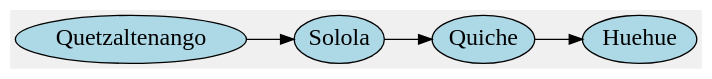
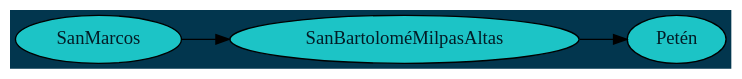
One commit to Gerardo-Mantanico/TravelMap_GT changed the diagram in target/classes/img/ubicacionActual.dot. Above: the diagram before and after it, drawn with Graphviz. The commit also changed 83 other files, not shown here.

```diff
--- a/target/classes/img/ubicacionActual.dot
+++ b/target/classes/img/ubicacionActual.dot
@@ -1,6 +1,6 @@
 digraph G {
 rankdir=LR;
-bgcolor="#f0f0f0";  
- node [margin=0 fontcolor=black fontsize=18 width=0.5 shape=oval style=filled fillcolor=lightblue] 
-Quetzaltenango -> Solola -> Quiche -> Huehue;
+bgcolor="#02364E";  
+  node [shape = oval color=black style=filled fillcolor="#1CC4C6" fontcolor="#031C26"] 
+SanMarcos -> SanBartoloméMilpasAltas -> Petén;
 }
```
